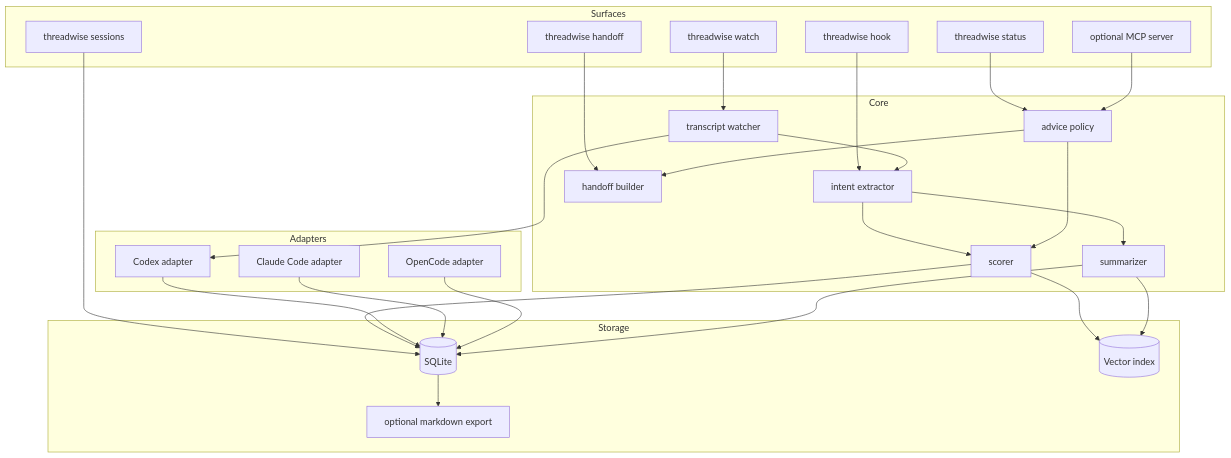
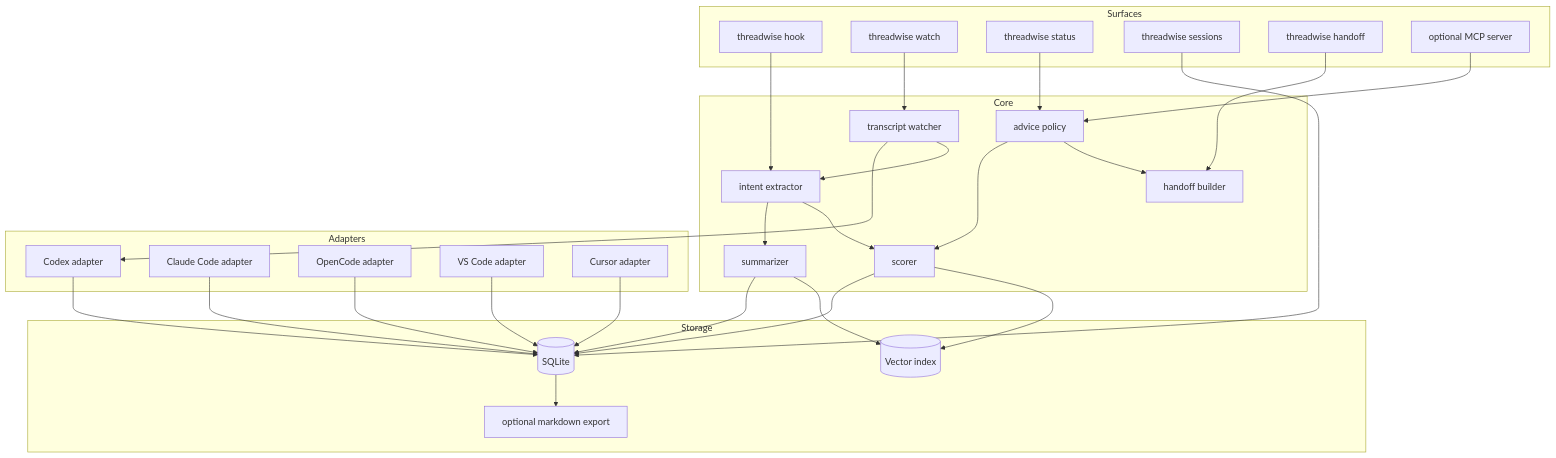
One commit to amir-h-rassafi/threadwise changed the fourth of 4 diagrams in docs/architecture.md. Above: the diagram before and after it, drawn with Mermaid. The commit also changed other lines of this file and 1 other file, not shown here.

````diff
--- a/docs/architecture.md
+++ b/docs/architecture.md
@@ -373,53 +399,57 @@
 ```mermaid
 flowchart TB
     subgraph Surfaces
         Hook[threadwise hook]
         Watch[threadwise watch]
         Status[threadwise status]
         Sessions[threadwise sessions]
         Handoff[threadwise handoff]
         MCP[optional MCP server]
     end
 
     subgraph Core
         Watcher[transcript watcher]
         Extractor[intent extractor]
         Summaries[summarizer]
         Scorer[scorer]
         Policy[advice policy]
         Builder[handoff builder]
     end
 
     subgraph Adapters
         Codex[Codex adapter]
         Claude[Claude Code adapter]
         OpenCode[OpenCode adapter]
+        VSCode[VS Code adapter]
+        Cursor[Cursor adapter]
     end
 
     subgraph Storage
         DB[(SQLite)]
         Vec[(Vector index)]
         Files[optional markdown export]
     end
 
     Hook --> Extractor
     Watch --> Watcher
     Status --> Policy
     Sessions --> DB
     Handoff --> Builder
     MCP --> Policy
     Watcher --> Codex
     Watcher --> Extractor
     Extractor --> Summaries
     Extractor --> Scorer
     Scorer --> DB
     Scorer --> Vec
     Policy --> Scorer
     Policy --> Builder
     Codex --> DB
     Claude --> DB
     OpenCode --> DB
+    VSCode --> DB
+    Cursor --> DB
     Summaries --> DB
     Summaries --> Vec
     DB --> Files
 ```
````
